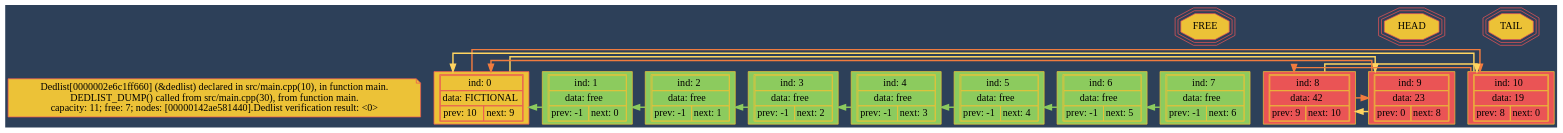
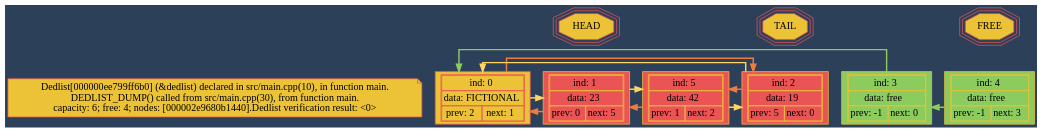
The diagram in dumps/dedlist_dump.dot (Feanor-19/dedlist), drawn with Graphviz before and after one commit. The commit also changed 4 other files, not shown here.

```diff
--- a/dumps/dedlist_dump.dot
+++ b/dumps/dedlist_dump.dot
@@ -1,149 +1,99 @@
 digraph{
 splines=ortho;
 bgcolor="#2D4059";
 
 
 NODE_TEXT[shape=note, fontname="verdana",
 style=bold, style=filled,
 color="#EA5455", fillcolor="#ECC237",
-label = "Dedlist[0000002e6c1ff660] (&dedlist) declared in src/main.cpp(10), in function main.\nDEDLIST_DUMP() called from src/main.cpp(30), from function main.\ncapacity: 11; free: 7; nodes: [00000142ae581440].Dedlist verification result: <0>
+label = "Dedlist[000000ee799ff6b0] (&dedlist) declared in src/main.cpp(10), in function main.\nDEDLIST_DUMP() called from src/main.cpp(30), from function main.\ncapacity: 6; free: 4; nodes: [000002e9680b1440].Dedlist verification result: <0>
 "]
 
 
 NODE_0[shape="record", fontname="verdana",
 style=bold, style=filled,
 color="#EA5455", fillcolor="#ECC237",
 label = <<table cellspacing="0">
 <tr><td colspan="2">ind: 0</td></tr>
 <tr><td colspan="2">data: FICTIONAL</td></tr>
-<tr><td>prev: 10</td><td>next: 9</td></tr></table>>];
+<tr><td>prev: 2</td><td>next: 1</td></tr></table>>];
 
 
 NODE_1[shape="record", fontname="verdana",
 style=bold, style=filled,
-color="#ECC237", fillcolor="#8ccb5e",
+color="#ECC237", fillcolor="#EA5455",
 label = <<table cellspacing="0">
 <tr><td colspan="2">ind: 1</td></tr>
-<tr><td colspan="2">data: free</td></tr>
-<tr><td>prev: -1</td><td>next: 0</td></tr></table>>];
+<tr><td colspan="2">data: 23</td></tr>
+<tr><td>prev: 0</td><td>next: 5</td></tr></table>>];
 
 NODE_2[shape="record", fontname="verdana",
 style=bold, style=filled,
-color="#ECC237", fillcolor="#8ccb5e",
+color="#ECC237", fillcolor="#EA5455",
 label = <<table cellspacing="0">
 <tr><td colspan="2">ind: 2</td></tr>
-<tr><td colspan="2">data: free</td></tr>
-<tr><td>prev: -1</td><td>next: 1</td></tr></table>>];
+<tr><td colspan="2">data: 19</td></tr>
+<tr><td>prev: 5</td><td>next: 0</td></tr></table>>];
 
 NODE_3[shape="record", fontname="verdana",
 style=bold, style=filled,
 color="#ECC237", fillcolor="#8ccb5e",
 label = <<table cellspacing="0">
 <tr><td colspan="2">ind: 3</td></tr>
 <tr><td colspan="2">data: free</td></tr>
-<tr><td>prev: -1</td><td>next: 2</td></tr></table>>];
+<tr><td>prev: -1</td><td>next: 0</td></tr></table>>];
 
 NODE_4[shape="record", fontname="verdana",
 style=bold, style=filled,
 color="#ECC237", fillcolor="#8ccb5e",
 label = <<table cellspacing="0">
 <tr><td colspan="2">ind: 4</td></tr>
 <tr><td colspan="2">data: free</td></tr>
 <tr><td>prev: -1</td><td>next: 3</td></tr></table>>];
 
 NODE_5[shape="record", fontname="verdana",
 style=bold, style=filled,
-color="#ECC237", fillcolor="#8ccb5e",
+color="#ECC237", fillcolor="#EA5455",
 label = <<table cellspacing="0">
 <tr><td colspan="2">ind: 5</td></tr>
-<tr><td colspan="2">data: free</td></tr>
-<tr><td>prev: -1</td><td>next: 4</td></tr></table>>];
-
-NODE_6[shape="record", fontname="verdana",
-style=bold, style=filled,
-color="#ECC237", fillcolor="#8ccb5e",
-label = <<table cellspacing="0">
-<tr><td colspan="2">ind: 6</td></tr>
-<tr><td colspan="2">data: free</td></tr>
-<tr><td>prev: -1</td><td>next: 5</td></tr></table>>];
-
-NODE_7[shape="record", fontname="verdana",
-style=bold, style=filled,
-color="#ECC237", fillcolor="#8ccb5e",
-label = <<table cellspacing="0">
-<tr><td colspan="2">ind: 7</td></tr>
-<tr><td colspan="2">data: free</td></tr>
-<tr><td>prev: -1</td><td>next: 6</td></tr></table>>];
-
-NODE_8[shape="record", fontname="verdana",
-style=bold, style=filled,
-color="#ECC237", fillcolor="#EA5455",
-label = <<table cellspacing="0">
-<tr><td colspan="2">ind: 8</td></tr>
 <tr><td colspan="2">data: 42</td></tr>
-<tr><td>prev: 9</td><td>next: 10</td></tr></table>>];
-
-NODE_9[shape="record", fontname="verdana",
-style=bold, style=filled,
-color="#ECC237", fillcolor="#EA5455",
-label = <<table cellspacing="0">
-<tr><td colspan="2">ind: 9</td></tr>
-<tr><td colspan="2">data: 23</td></tr>
-<tr><td>prev: 0</td><td>next: 8</td></tr></table>>];
-
-NODE_10[shape="record", fontname="verdana",
-style=bold, style=filled,
-color="#ECC237", fillcolor="#EA5455",
-label = <<table cellspacing="0">
-<tr><td colspan="2">ind: 10</td></tr>
-<tr><td colspan="2">data: 19</td></tr>
-<tr><td>prev: 8</td><td>next: 0</td></tr></table>>];
+<tr><td>prev: 1</td><td>next: 2</td></tr></table>>];
 
 HEAD[shape=tripleoctagon, style=filled,
 fontname="verdana", color="#EA5455", fillcolor="#ECC237"];
 
 TAIL[shape=tripleoctagon, style=filled,
 fontname="verdana", color="#EA5455", fillcolor="#ECC237"];
 
 FREE[shape=tripleoctagon, style=filled,
 fontname="verdana", color="#EA5455", fillcolor="#ECC237"];
 
 
-{rank=same; NODE_TEXT NODE_0 NODE_1 NODE_2 NODE_3 NODE_4 NODE_5 NODE_6 NODE_7 NODE_8 NODE_9 NODE_10 }
+{rank=same; NODE_TEXT NODE_0 NODE_1 NODE_2 NODE_3 NODE_4 NODE_5 }
 NODE_TEXT->NODE_0[weight=10, style=invis];
 NODE_0->NODE_1[weight=10, style=invis];
 NODE_1->NODE_2[weight=10, style=invis];
 NODE_2->NODE_3[weight=10, style=invis];
 NODE_3->NODE_4[weight=10, style=invis];
 NODE_4->NODE_5[weight=10, style=invis];
-NODE_5->NODE_6[weight=10, style=invis];
-NODE_6->NODE_7[weight=10, style=invis];
-NODE_7->NODE_8[weight=10, style=invis];
-NODE_8->NODE_9[weight=10, style=invis];
-NODE_9->NODE_10[weight=10, style=invis];
-HEAD->NODE_9[style=invis];
-TAIL->NODE_10[style=invis];
-FREE->NODE_7[style=invis];
+HEAD->NODE_1[style=invis];
+TAIL->NODE_2[style=invis];
+FREE->NODE_4[style=invis];
 
 
-NODE_0->NODE_10[color="#F07B3F", penwidth=2];
-NODE_0->NODE_9[color="#FFD460", penwidth=2];
+NODE_0->NODE_2[color="#F07B3F", penwidth=2];
+NODE_0->NODE_1[color="#FFD460", penwidth=2];
 
-NODE_1->NODE_0[color="#8ccb5e", penwidth=2];
-NODE_2->NODE_1[color="#8ccb5e", penwidth=2];
-NODE_3->NODE_2[color="#8ccb5e", penwidth=2];
+NODE_1->NODE_0[color="#F07B3F", penwidth=2];
+NODE_1->NODE_5[color="#FFD460", penwidth=2];
+
+NODE_2->NODE_5[color="#F07B3F", penwidth=2];
+NODE_2->NODE_0[color="#FFD460", penwidth=2];
+
+NODE_3->NODE_0[color="#8ccb5e", penwidth=2];
 NODE_4->NODE_3[color="#8ccb5e", penwidth=2];
-NODE_5->NODE_4[color="#8ccb5e", penwidth=2];
-NODE_6->NODE_5[color="#8ccb5e", penwidth=2];
-NODE_7->NODE_6[color="#8ccb5e", penwidth=2];
-NODE_8->NODE_9[color="#F07B3F", penwidth=2];
-NODE_8->NODE_10[color="#FFD460", penwidth=2];
-
-NODE_9->NODE_0[color="#F07B3F", penwidth=2];
-NODE_9->NODE_8[color="#FFD460", penwidth=2];
-
-NODE_10->NODE_8[color="#F07B3F", penwidth=2];
-NODE_10->NODE_0[color="#FFD460", penwidth=2];
+NODE_5->NODE_1[color="#F07B3F", penwidth=2];
+NODE_5->NODE_2[color="#FFD460", penwidth=2];
 
 
 }
```
